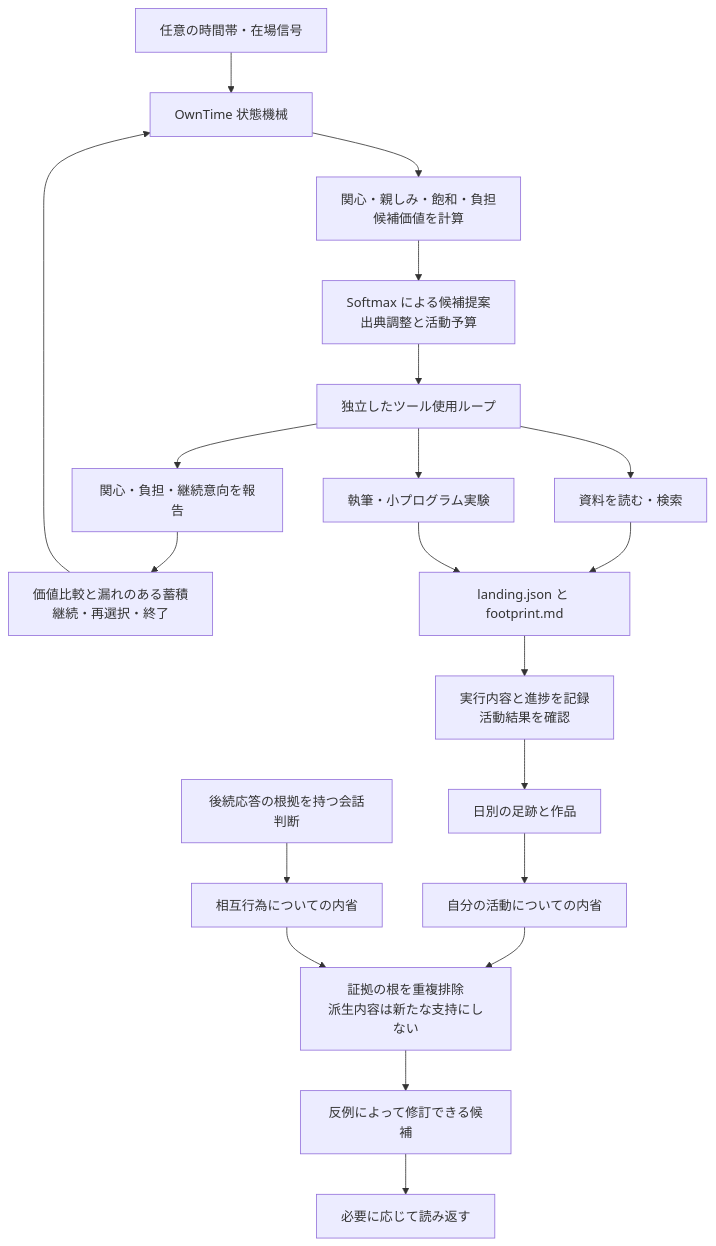
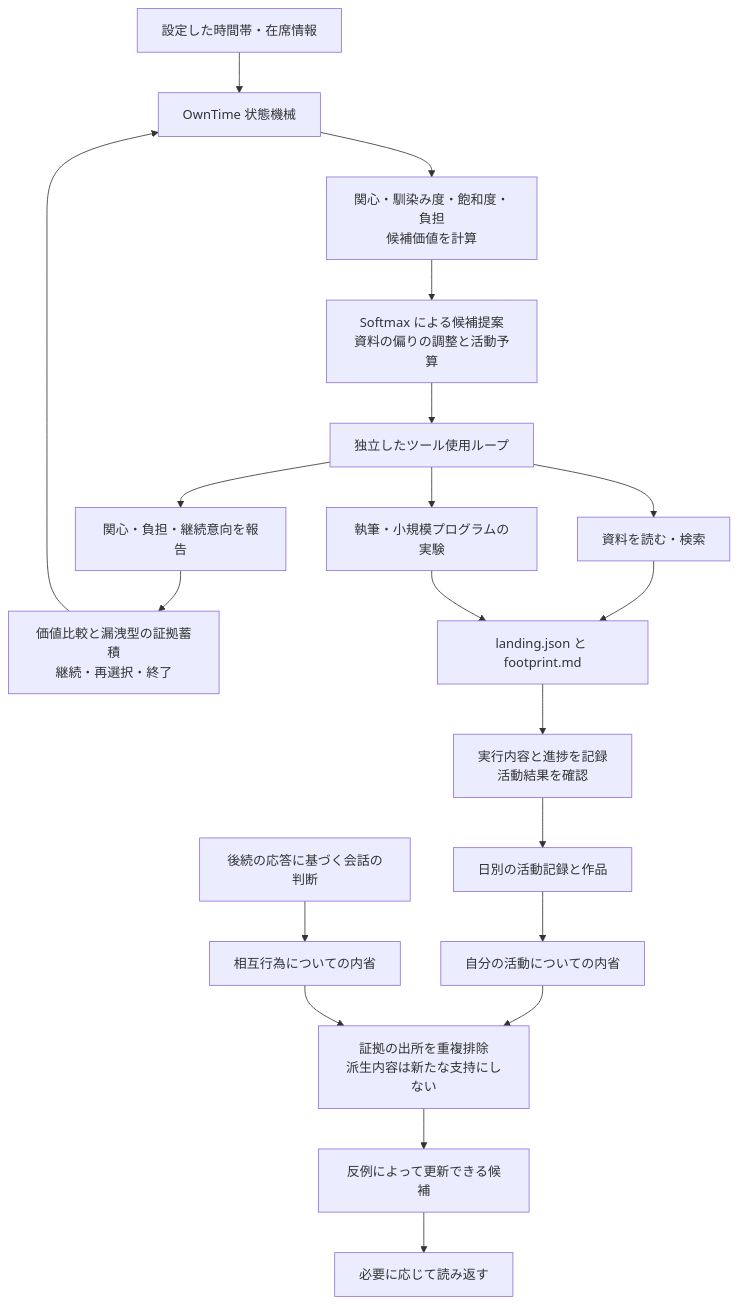
One commit to ikarugaikoi/hikaru-memory changed the fourth of 4 diagrams in docs/ja/architecture.md. Above: the diagram before and after it, drawn with Mermaid. The commit also changed other lines of this file and 26 other files, not shown here.

````diff
--- a/docs/ja/architecture.md
+++ b/docs/ja/architecture.md
@@ -108,22 +108,22 @@
 ```mermaid
 flowchart TD
-    Trigger[任意の時間帯・在場信号] --> State[OwnTime 状態機械]
-    State --> Value[関心・親しみ・飽和・負担\n候補価値を計算]
-    Value --> Select[Softmax による候補提案\n出典調整と活動予算]
+    Trigger[設定した時間帯・在席情報] --> State[OwnTime 状態機械]
+    State --> Value[関心・馴染み度・飽和度・負担\n候補価値を計算]
+    Value --> Select[Softmax による候補提案\n資料の偏りの調整と活動予算]
     Select --> Agent[独立したツール使用ループ]
     Agent --> Report[関心・負担・継続意向を報告]
-    Report --> Continue[価値比較と漏れのある蓄積\n継続・再選択・終了]
+    Report --> Continue[価値比較と漏洩型の証拠蓄積\n継続・再選択・終了]
     Continue --> State
     Agent --> Read[資料を読む・検索]
-    Agent --> Make[執筆・小プログラム実験]
+    Agent --> Make[執筆・小規模プログラムの実験]
     Read --> Landing[landing.json と footprint.md]
     Make --> Landing
     Landing --> Validate[実行内容と進捗を記録\n活動結果を確認]
-    Validate --> Footsteps[日別の足跡と作品]
+    Validate --> Footsteps[日別の活動記録と作品]
     Footsteps --> Me[自分の活動についての内省]
-    CA[後続応答の根拠を持つ会話判断] --> Us[相互行為についての内省]
-    Me --> Roots[証拠の根を重複排除\n派生内容は新たな支持にしない]
+    CA[後続の応答に基づく会話の判断] --> Us[相互行為についての内省]
+    Me --> Roots[証拠の出所を重複排除\n派生内容は新たな支持にしない]
     Us --> Roots
-    Roots --> Candidate[反例によって修訂できる候補]
+    Roots --> Candidate[反例によって更新できる候補]
     Candidate --> Search[必要に応じて読み返す]
 ```
````
